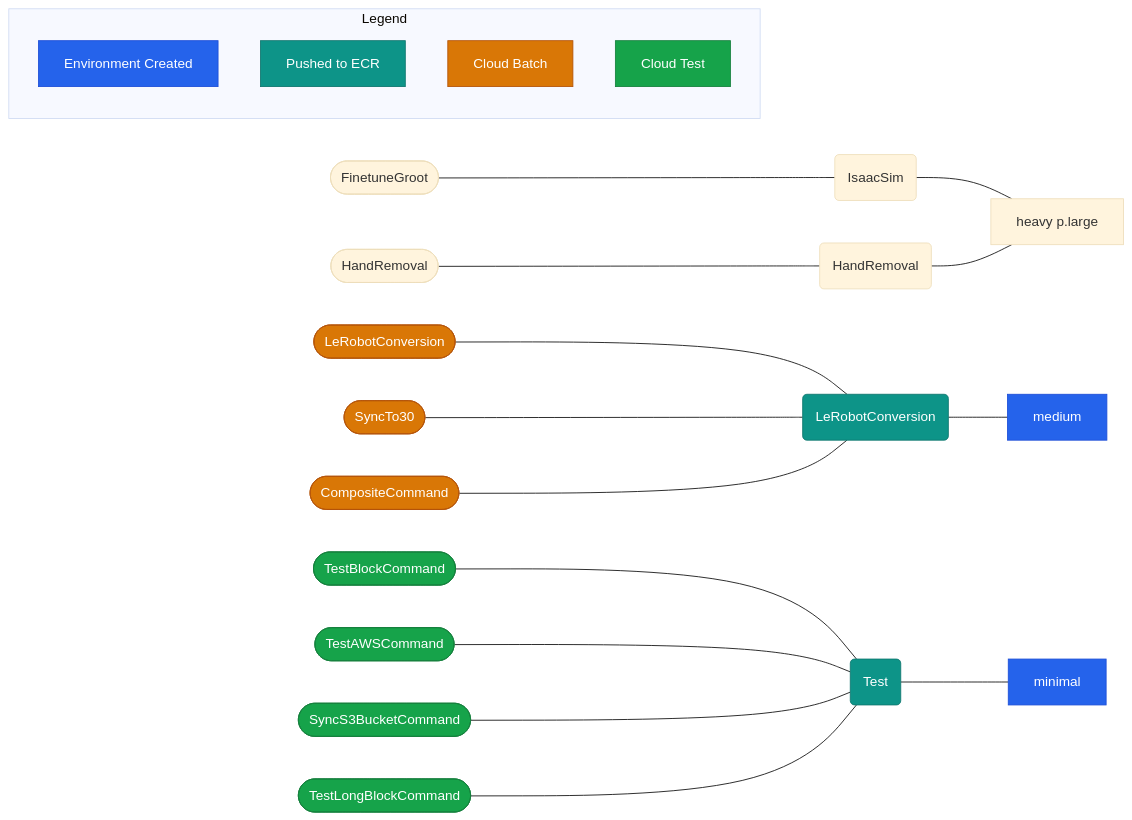
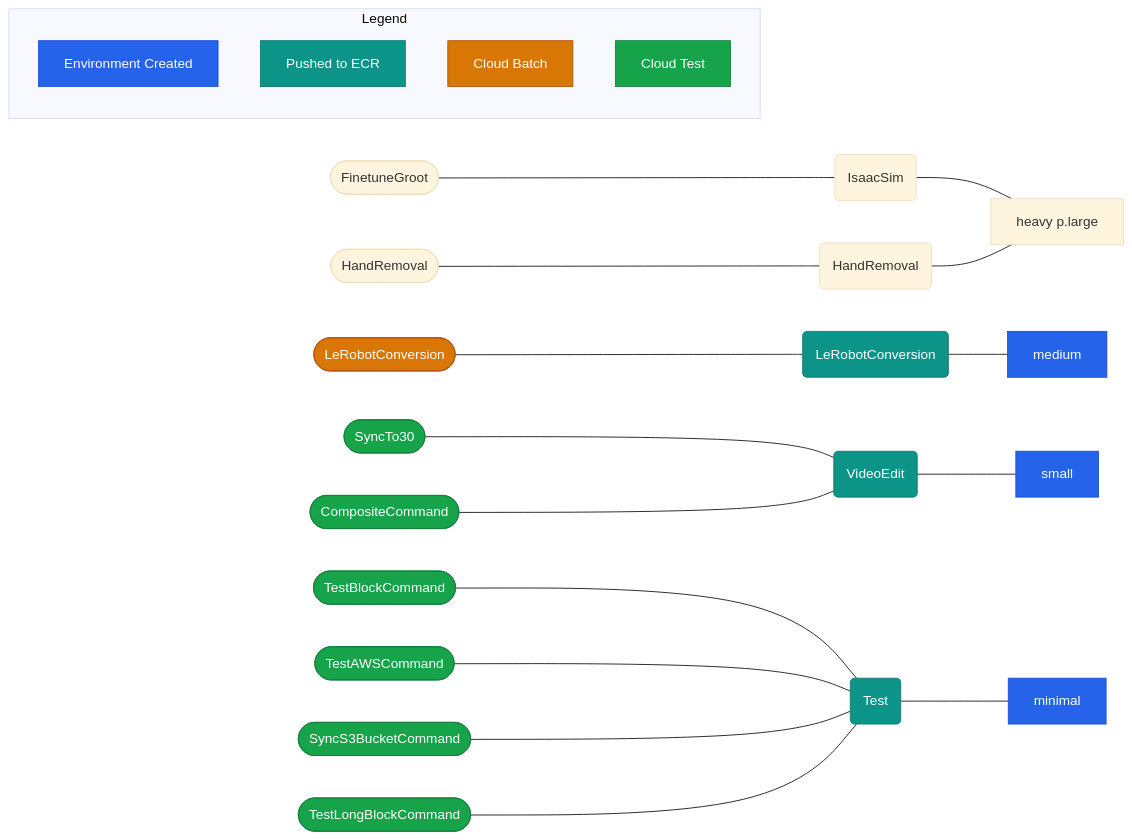
The diagram in README.md (ogoudey/WorkflowContainers), drawn with Mermaid (base theme) before and after one commit.

Commit message:
tested videoeditor

````diff
--- a/README.md
+++ b/README.md
@@ -2,45 +2,46 @@
 ```mermaid
 graph LR
     A([FinetuneGroot]) --- B(IsaacSim)--- C[heavy p.large]
     D([HandRemoval]) --- E(HandRemoval) --- C
     F([LeRobotConversion]) --- G(LeRobotConversion) --- H[medium]
-    I([SyncTo30]) --- G
-    K([CompositeCommand]) --- G
+    I([SyncTo30]) --- O(VideoEdit) --- S[small]
+    K([CompositeCommand]) --- O
     X([TestBlockCommand]) --- Y(Test) --- Z[minimal]
     X1([TestAWSCommand]) --- Y
     X2([SyncS3BucketCommand]) --- Y
     X3([TestLongBlockCommand]) --- Y
 
     %% Legend
     subgraph Legend
         L1[Environment Created]
         L2[Pushed to ECR]
         L3[Cloud Batch]
         L4[Cloud Test]
     end
 
 
 %% Define Color Schemes for Statuses
 classDef environmentCreated fill:#2563eb,stroke:#1d4ed8,color:#fff
 classDef pushedToECR fill:#0d9488,stroke:#0f766e,color:#fff
 classDef cloudBatch fill:#d97706,stroke:#b45309,color:#fff
 classDef cloudTest fill:#16a34a,stroke:#15803d,color:#fff
 
 class Z environmentCreated
 class H environmentCreated
 class Y pushedToECR
 class G pushedToECR
-
+class O pushedToECR
+class S environmentCreated
 class X cloudTest
 class X1 cloudTest
 class X2 cloudTest
 class X3 cloudTest
-class I cloudBatch
-class K cloudBatch
+class I cloudTest
+class K cloudTest
 class F cloudBatch
 
 class L1 environmentCreated
 class L2 pushedToECR
 class L3 cloudBatch
 class L4 cloudTest
 ```
````
